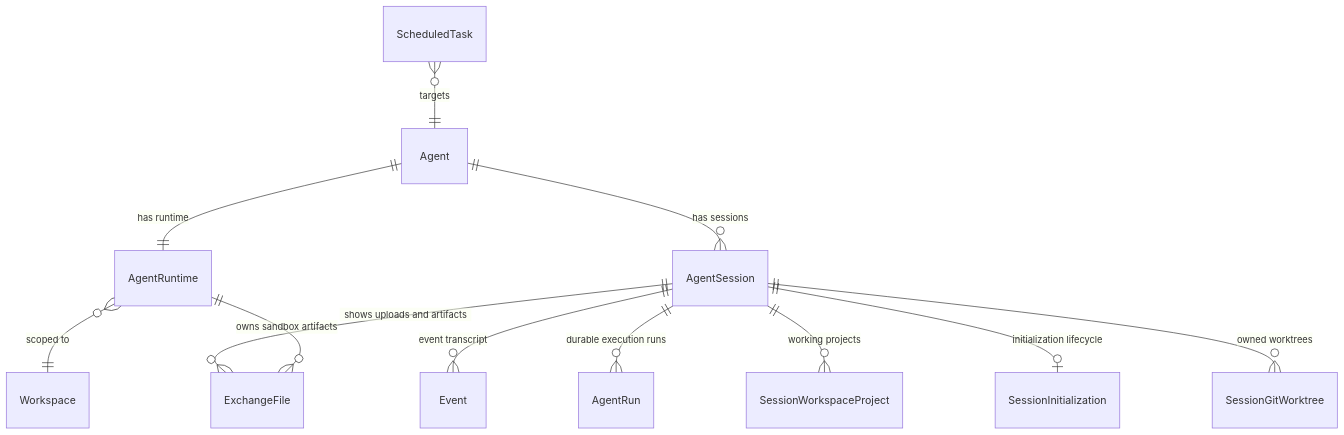
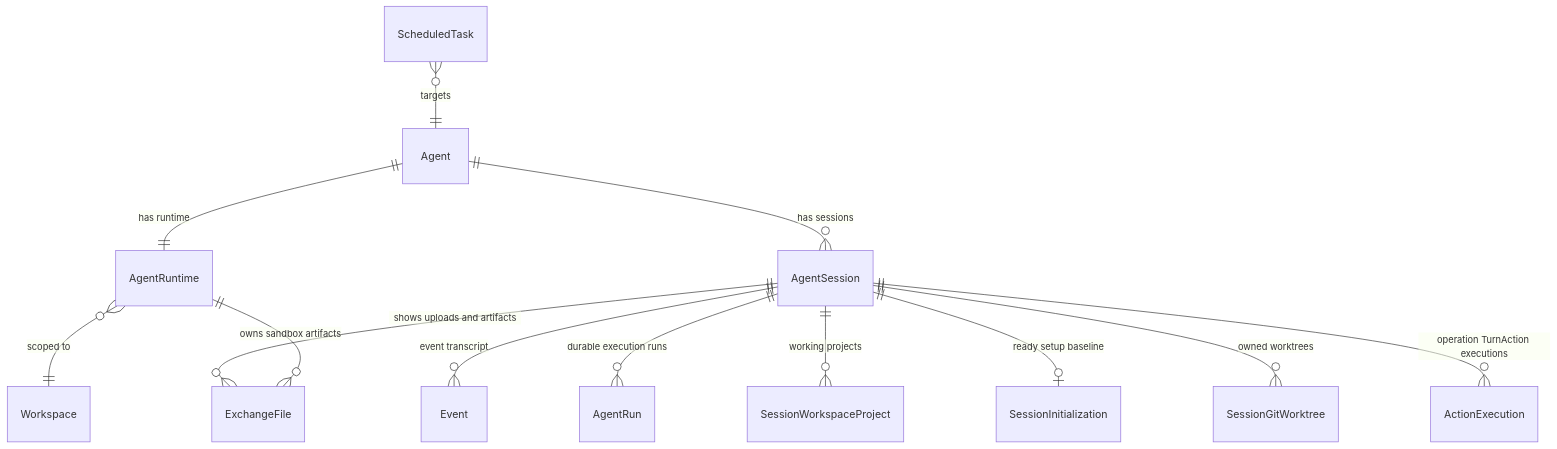
One commit to azents/azents changed the diagram in docs/azents/spec/domain/conversation.md. Above: the diagram before and after it, drawn with Mermaid. The commit also changed other lines of this file and 7 other files, not shown here.

Commit message:
docs(session): promote action operation specs

````diff
--- a/docs/azents/spec/domain/conversation.md
+++ b/docs/azents/spec/domain/conversation.md
@@ -104,14 +110,15 @@
 ```mermaid
 erDiagram
     Agent ||--|| AgentRuntime : "has runtime"
     Agent ||--o{ AgentSession : "has sessions"
     AgentRuntime }o--|| Workspace : "scoped to"
     AgentSession ||--o{ Event : "event transcript"
     AgentSession ||--o{ AgentRun : "durable execution runs"
     AgentSession ||--o{ ExchangeFile : "shows uploads and artifacts"
     AgentSession ||--o{ SessionWorkspaceProject : "working projects"
-    AgentSession ||--o| SessionInitialization : "initialization lifecycle"
+    AgentSession ||--o| SessionInitialization : "ready setup baseline"
     AgentSession ||--o{ SessionGitWorktree : "owned worktrees"
+    AgentSession ||--o{ ActionExecution : "operation TurnAction executions"
     AgentRuntime ||--o{ ExchangeFile : "owns sandbox artifacts"
     ScheduledTask }o--|| Agent : "targets"
 ```
````
